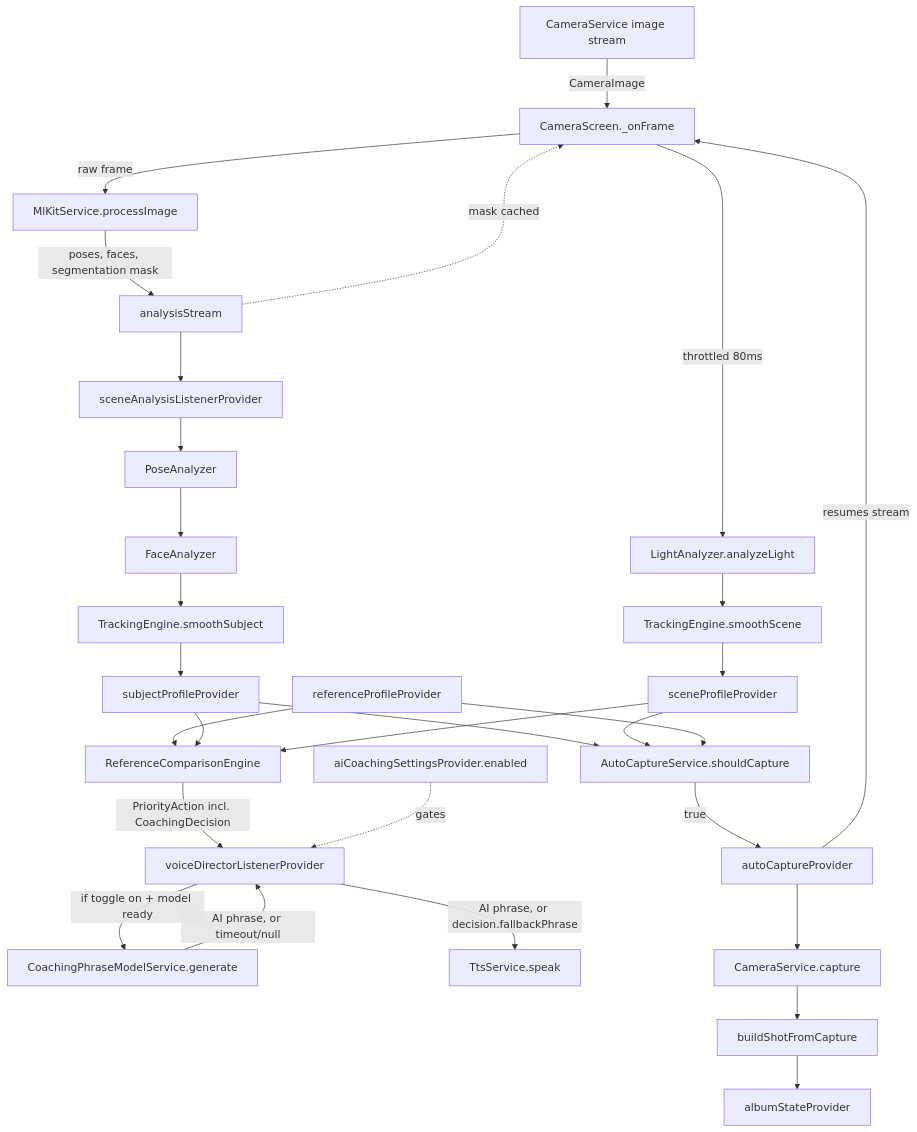
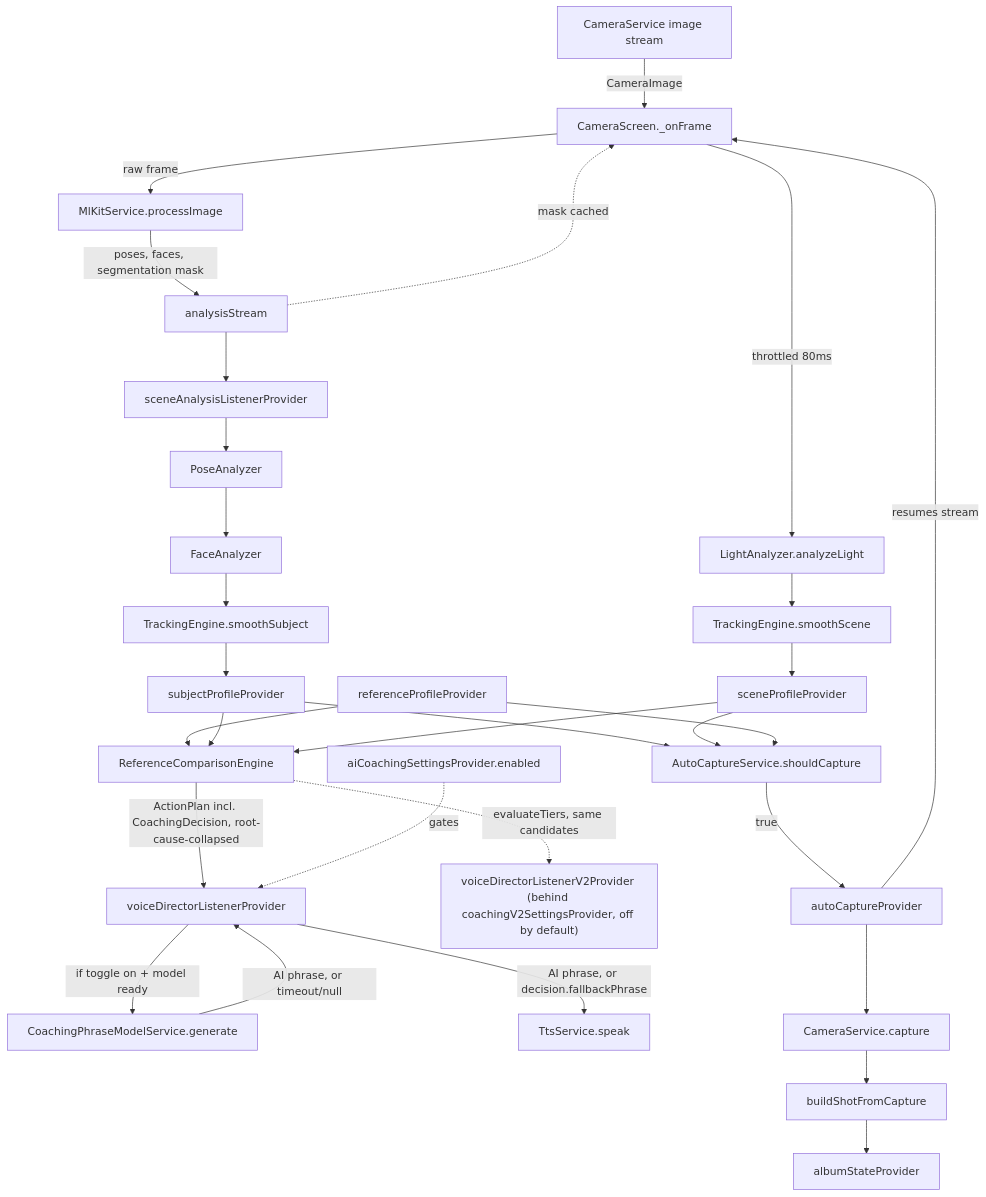
One commit to TronkIshere/Cuemera changed the diagram in cuemera/docs/README.md. Above: the diagram before and after it, drawn with Mermaid. The commit also changed other lines of this file and 20 other files, not shown here.

````diff
--- a/cuemera/docs/README.md
+++ b/cuemera/docs/README.md
@@ -57,27 +59,28 @@
 ```mermaid
 flowchart TD
     CAM[CameraService image stream] -->|CameraImage| ONFRAME[CameraScreen._onFrame]
     ONFRAME -->|throttled 80ms| LA[LightAnalyzer.analyzeLight]
     LA --> TE1[TrackingEngine.smoothScene]
     TE1 --> SP[sceneProfileProvider]
     ONFRAME -->|raw frame| MLK[MlKitService.processImage]
     MLK -->|poses, faces, segmentation mask| STREAM[analysisStream]
     STREAM --> SAL[sceneAnalysisListenerProvider]
     SAL --> PA[PoseAnalyzer] --> FA[FaceAnalyzer]
     FA --> TE2[TrackingEngine.smoothSubject]
     TE2 --> SUB[subjectProfileProvider]
     STREAM -.mask cached.-> ONFRAME
     REF[referenceProfileProvider] --> RCE[ReferenceComparisonEngine]
     SUB --> RCE
     SP --> RCE
-    RCE -->|PriorityAction incl. CoachingDecision| VD[voiceDirectorListenerProvider]
+    RCE -->|ActionPlan incl. CoachingDecision, root-cause-collapsed| VD[voiceDirectorListenerProvider]
     TOGGLE[aiCoachingSettingsProvider.enabled] -.gates.-> VD
     VD -->|if toggle on + model ready| MODEL[CoachingPhraseModelService.generate]
     MODEL -->|AI phrase, or timeout/null| VD
     VD -->|AI phrase, or decision.fallbackPhrase| TTS[TtsService.speak]
+    RCE -.evaluateTiers, same candidates.-> VD2["voiceDirectorListenerV2Provider (behind coachingV2SettingsProvider, off by default)"]
     SUB --> ACS[AutoCaptureService.shouldCapture]
     SP --> ACS
     REF --> ACS
     ACS -->|true| AC[autoCaptureProvider] --> CAP[CameraService.capture] --> SB[buildShotFromCapture] --> ALBUM[albumStateProvider]
     AC -->|resumes stream| ONFRAME
 ```
````
